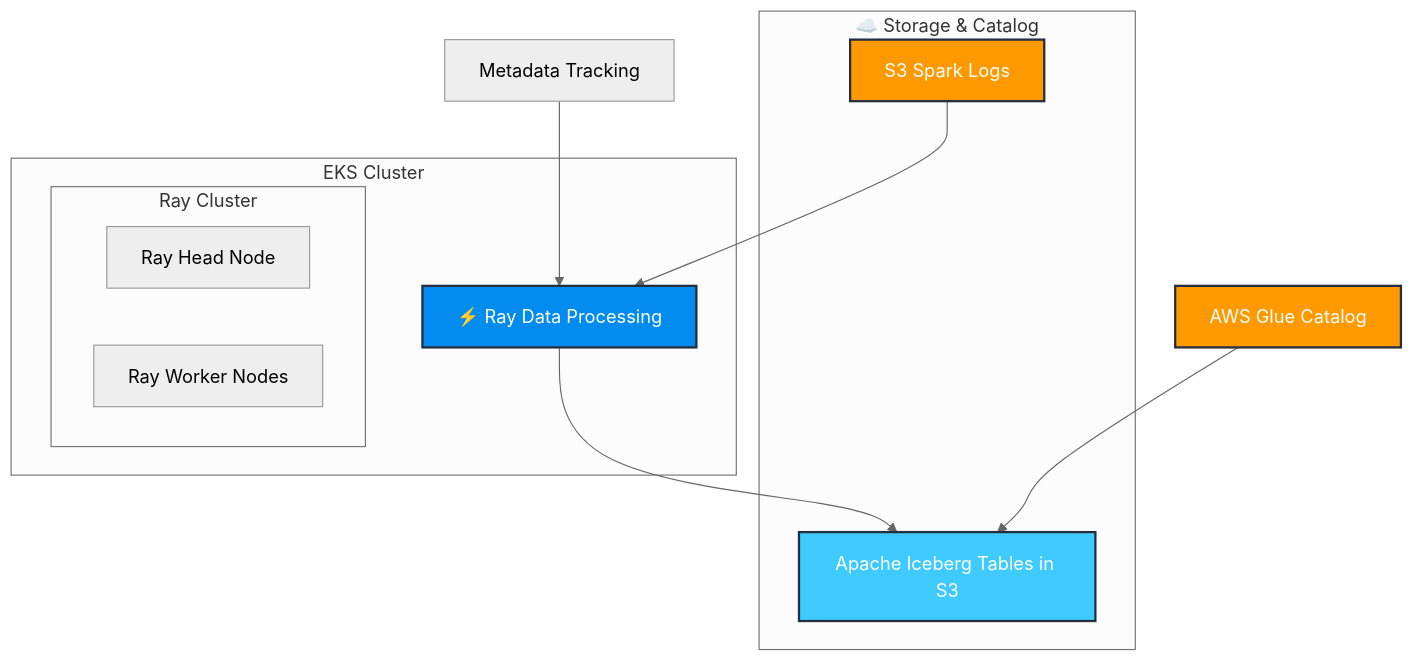
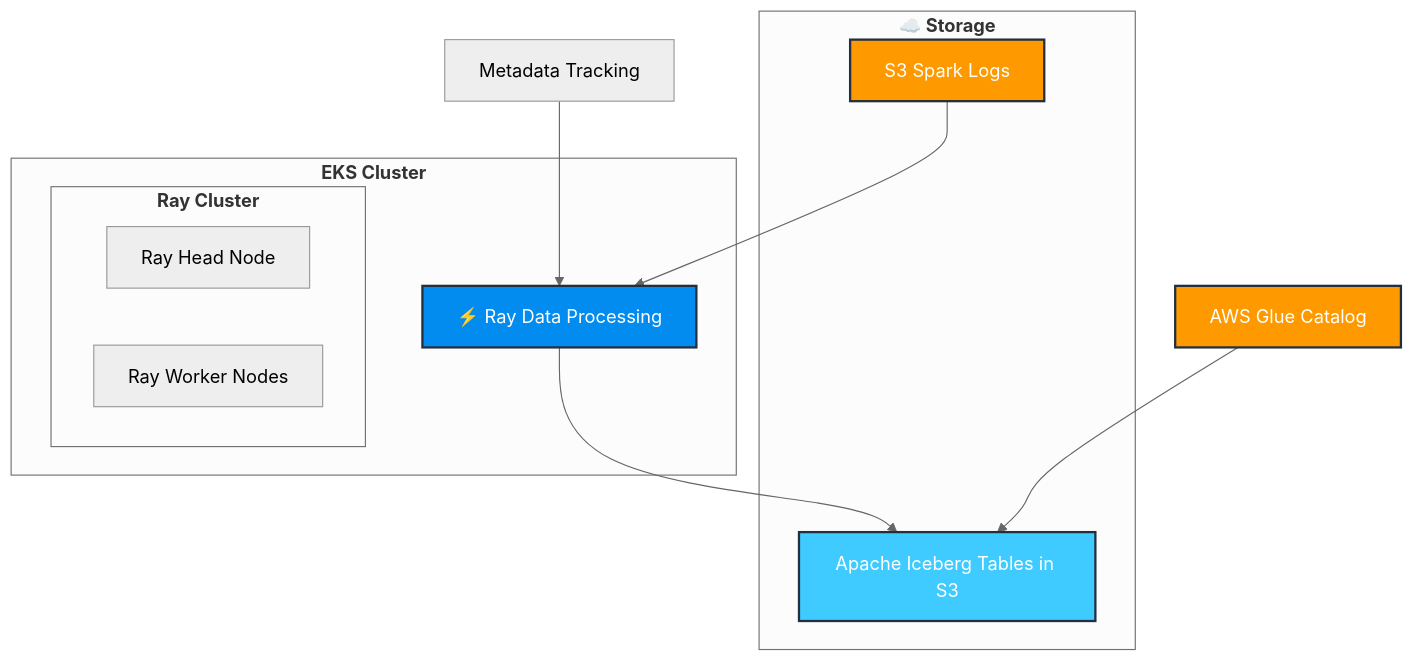
One commit to awslabs/data-on-eks changed the third of 3 diagrams in website/docs/blueprints/data-analytics/ray-data-processing.md. Above: the diagram before and after it, drawn with Mermaid (neutral theme). The commit also changed other lines of this file and 15 other files, not shown here.

````diff
--- a/website/docs/blueprints/data-analytics/ray-data-processing.md
+++ b/website/docs/blueprints/data-analytics/ray-data-processing.md
@@ -29,25 +155,25 @@
 ```mermaid
 graph TB
     S3[S3 Spark Logs] --> RayData[⚡ Ray Data Processing]
     RayData --> Iceberg[Apache Iceberg Tables in S3]
     Glue[AWS Glue Catalog] --> Iceberg
     Meta[Metadata Tracking] --> RayData
-    
-    subgraph "EKS Cluster"
+
+    subgraph EKS["<b>EKS Cluster</b>"]
         RayData
-        subgraph "Ray Cluster"
+        subgraph RC["<b>Ray Cluster</b>"]
             Head[Ray Head Node]
             Workers[Ray Worker Nodes]
         end
     end
-    
-    subgraph "☁️ Storage & Catalog"
+
+    subgraph SC["<b>☁️ Storage</b>"]
         S3
         Iceberg
     end
-    
+
     style S3 fill:#FF9900,stroke:#232F3E,stroke-width:2px,color:#fff
     style Glue fill:#FF9900,stroke:#232F3E,stroke-width:2px,color:#fff
     style RayData fill:#028CF0,stroke:#232F3E,stroke-width:2px,color:#fff
     style Iceberg fill:#3FCBFF,stroke:#232F3E,stroke-width:2px,color:#fff
 ```
````
